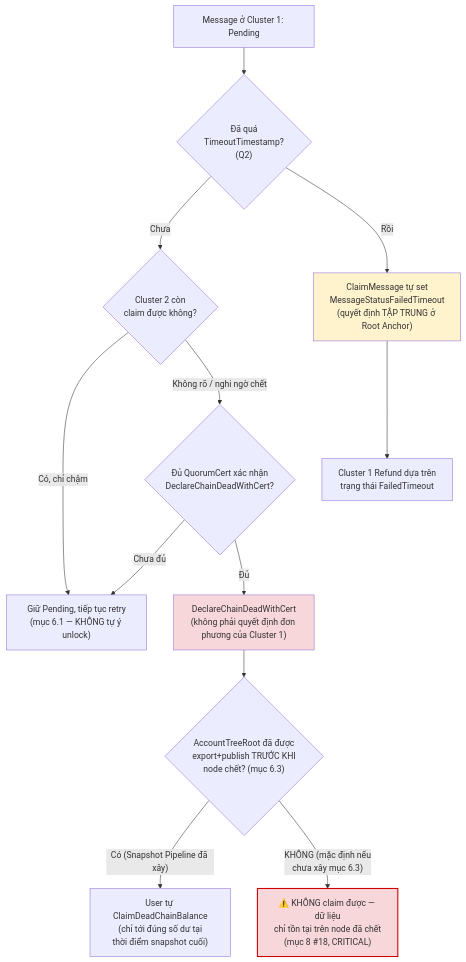
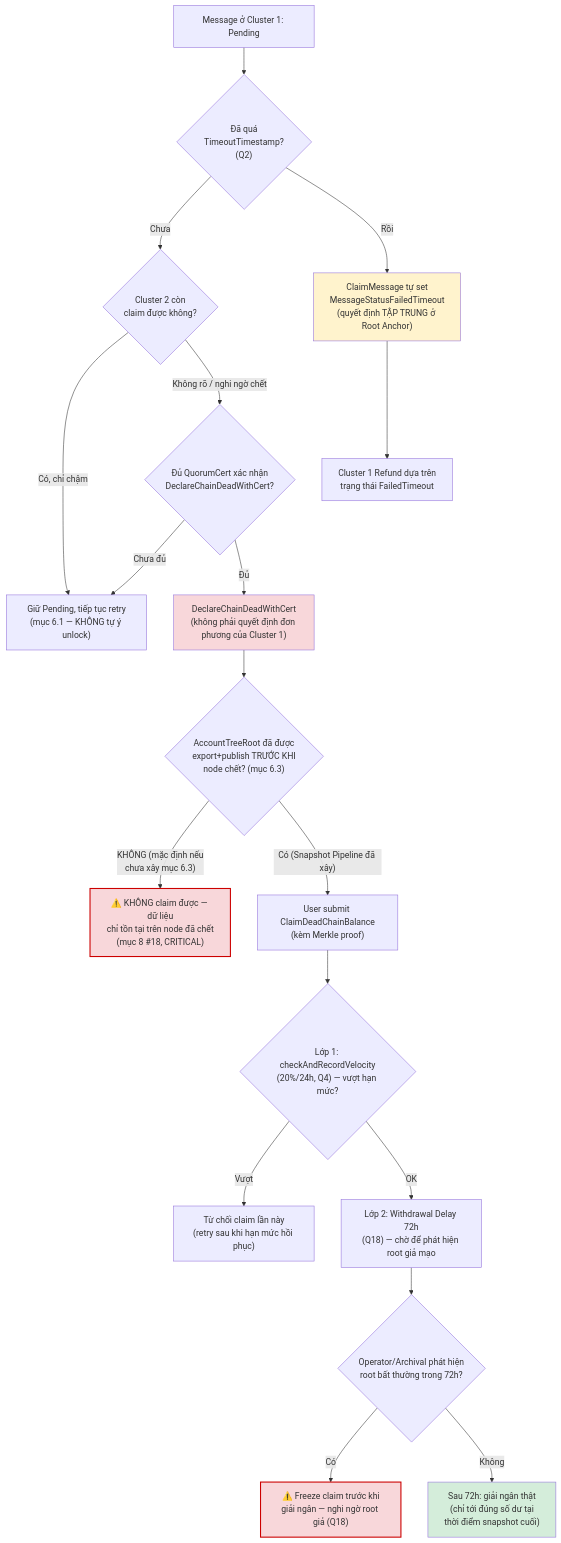
The sixth of 7 diagrams in execution/pkg/rollup/SEQUENCER_DESIGN.md (x3pi/metanode), drawn with Mermaid before and after one commit. The commit also changed other lines of this file, not shown here.

First line of the commit message:
docs(rollup): sync diagrams with Q17/Q18 decisions, keep new contract-call flow diagram

````diff
--- a/execution/pkg/rollup/SEQUENCER_DESIGN.md
+++ b/execution/pkg/rollup/SEQUENCER_DESIGN.md
@@ -444,18 +476,26 @@
 ```mermaid
 flowchart TD
     P["Message ở Cluster 1: Pending"] --> W{"Đã quá\nTimeoutTimestamp?\n(Q2)"}
     W -- "Chưa" --> R{"Cluster 2 còn\nclaim được không?"}
     R -- "Có, chỉ chậm" --> Wait["Giữ Pending, tiếp tục retry\n(mục 6.1 — KHÔNG tự ý unlock)"]
     R -- "Không rõ / nghi ngờ chết" --> Dead{"Đủ QuorumCert xác nhận\nDeclareChainDeadWithCert?"}
     W -- "Rồi" --> TO["ClaimMessage tự set\nMessageStatusFailedTimeout\n(quyết định TẬP TRUNG ở Root Anchor)"]
     TO --> RefundFlow["Cluster 1 Refund dựa trên\ntrạng thái FailedTimeout"]
     Dead -- "Chưa đủ" --> Wait
     Dead -- "Đủ" --> DC["DeclareChainDeadWithCert\n(không phải quyết định đơn phương của Cluster 1)"]
     DC --> Snap{"AccountTreeRoot đã được\nexport+publish TRƯỚC KHI\nnode chết? (mục 6.3)"}
-    Snap -- "Có (Snapshot Pipeline đã xây)" --> Claim["User tự ClaimDeadChainBalance\n(chỉ tới đúng số dư tại\nthời điểm snapshot cuối)"]
     Snap -- "KHÔNG (mặc định nếu\nchưa xây mục 6.3)" --> Stuck["⚠️ KHÔNG claim được — dữ liệu\nchỉ tồn tại trên node đã chết\n(mục 8 #18, CRITICAL)"]
+    Snap -- "Có (Snapshot Pipeline đã xây)" --> Submit["User submit ClaimDeadChainBalance\n(kèm Merkle proof)"]
+    Submit --> Vel{"Lớp 1: checkAndRecordVelocity\n(20%/24h, Q4) — vượt hạn mức?"}
+    Vel -- "Vượt" --> RejectVel["Từ chối claim lần này\n(retry sau khi hạn mức hồi phục)"]
+    Vel -- "OK" --> Delay["Lớp 2: Withdrawal Delay 72h\n(Q18) — chờ để phát hiện root giả mạo"]
+    Delay --> Challenge{"Operator/Archival phát hiện\nroot bất thường trong 72h?"}
+    Challenge -- "Có" --> Freeze["⚠️ Freeze claim trước khi\ngiải ngân — nghi ngờ root giả (Q18)"]
+    Challenge -- "Không" --> Release["Sau 72h: giải ngân thật\n(chỉ tới đúng số dư tại\nthời điểm snapshot cuối)"]
 
     style TO fill:#fff3cd,color:#333
     style DC fill:#f8d7da,color:#333
     style Stuck fill:#f8d7da,color:#333,stroke:#c00,stroke-width:2px
+    style Freeze fill:#f8d7da,color:#333,stroke:#c00,stroke-width:2px
+    style Release fill:#d4edda,color:#333
 ```
````
